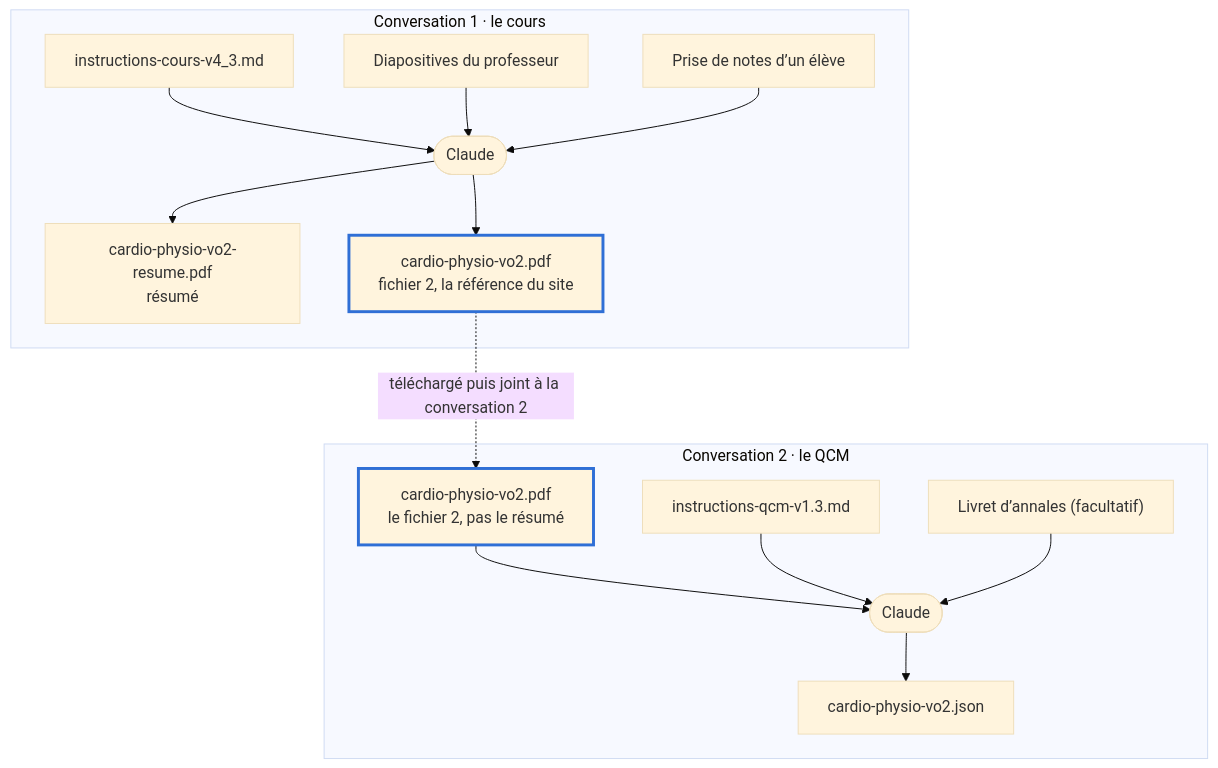
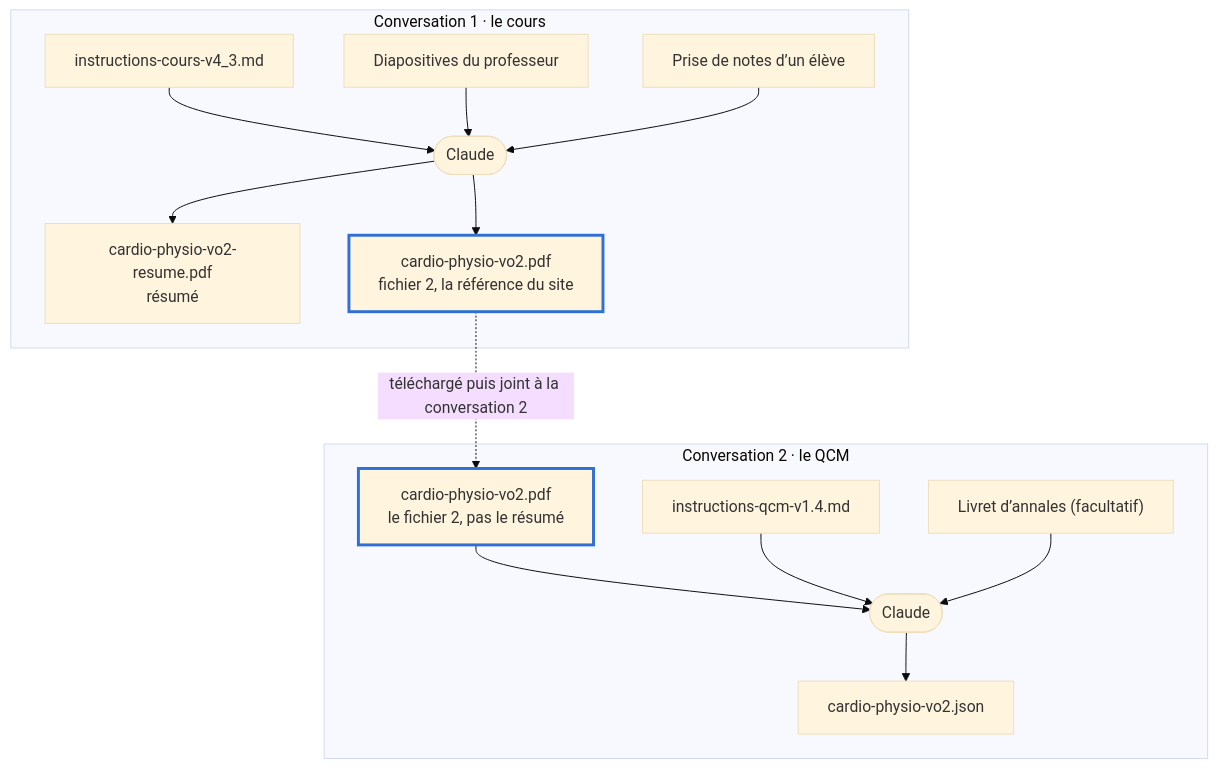
Before and after one commit to ValentinStudMedRennes/QuizzMed: the first of 2 diagrams in README.md, drawn with Mermaid (base theme). The commit also changed other lines of this file and 3 other files, not shown here.

````diff
--- a/README.md
+++ b/README.md
@@ -9,19 +9,19 @@
 ```mermaid
 flowchart TB
   subgraph C1["Conversation 1 · le cours"]
     I1["instructions-cours-v4_3.md"] --> CL1(["Claude"])
     D["Diapositives du professeur"] --> CL1
     N["Prise de notes d’un élève"] --> CL1
     CL1 --> R["cardio-physio-vo2-resume.pdf<br/>résumé"]
     CL1 --> F2["cardio-physio-vo2.pdf<br/>fichier 2, la référence du site"]
   end
   subgraph C2["Conversation 2 · le QCM"]
     F2b["cardio-physio-vo2.pdf<br/>le fichier 2, pas le résumé"] --> CL2(["Claude"])
-    I2["instructions-qcm-v1.3.md"] --> CL2
+    I2["instructions-qcm-v1.4.md"] --> CL2
     A["Livret d’annales (facultatif)"] --> CL2
     CL2 --> J["cardio-physio-vo2.json"]
   end
   F2 -. "téléchargé puis joint à la conversation 2" .-> F2b
   classDef cle stroke:#2f6fd6,stroke-width:3px
   class F2,F2b cle
 ```
````
